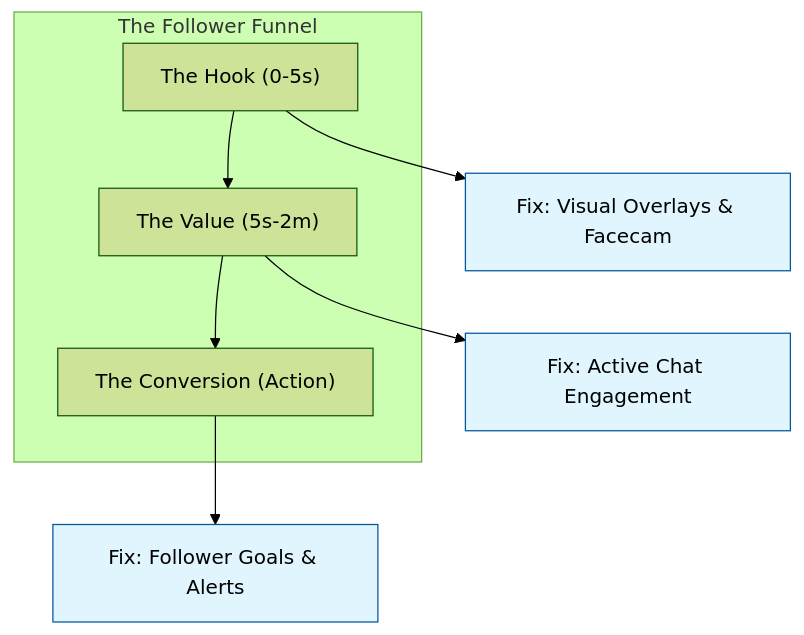
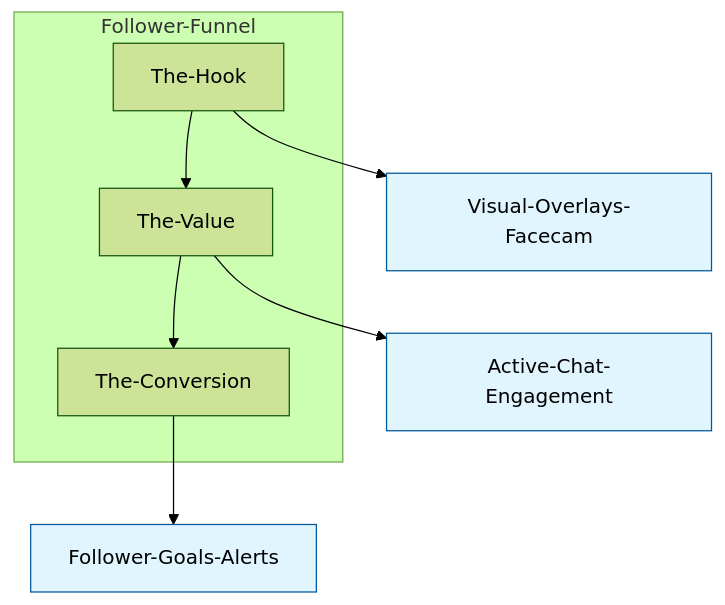
One commit to littl3-boat/ttwise changed the diagram in data/blog/tiktok-live-follower-funnel-optimization-2026.mdx. Above: the diagram before and after it, drawn with Mermaid (forest theme). The commit also changed 35 other files, not shown here.

First line of the commit message:
feat: fix Mermaid diagram syntax across blog posts and add new Reddit-sourced blog entries

````diff
--- a/data/blog/tiktok-live-follower-funnel-optimization-2026.mdx
+++ b/data/blog/tiktok-live-follower-funnel-optimization-2026.mdx
@@ -20,15 +20,15 @@
 ```mermaid
-graph TD
-    subgraph "The Follower Funnel"
-        A["The Hook (0-5s)"] --> B["The Value (5s-2m)"]
-        B --> C["The Conversion (Action)"]
+flowchart TD
+    subgraph Follower-Funnel
+        A[The-Hook] --> B[The-Value]
+        B --> C[The-Conversion]
     end
     
-    A --> A1["Fix: Visual Overlays & Facecam"]
-    B --> B1["Fix: Active Chat Engagement"]
-    C --> C1["Fix: Follower Goals & Alerts"]
+    A --> A1[Visual-Overlays-Facecam]
+    B --> B1[Active-Chat-Engagement]
+    C --> C1[Follower-Goals-Alerts]
     
     style A1 fill:#e1f5fe,stroke:#01579b
     style B1 fill:#e1f5fe,stroke:#01579b
     style C1 fill:#e1f5fe,stroke:#01579b
 ```
````
